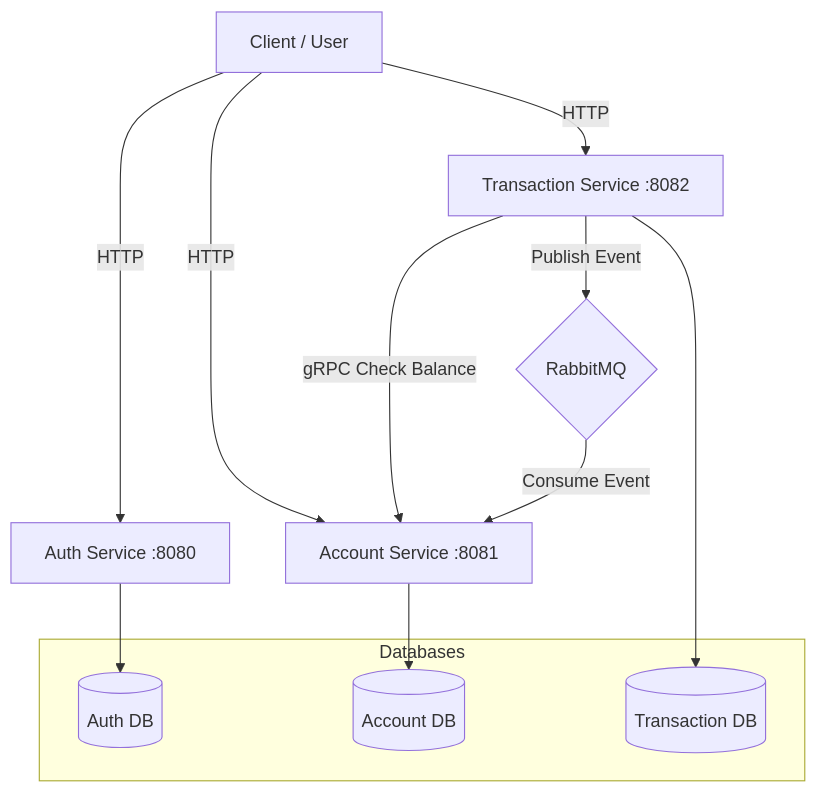
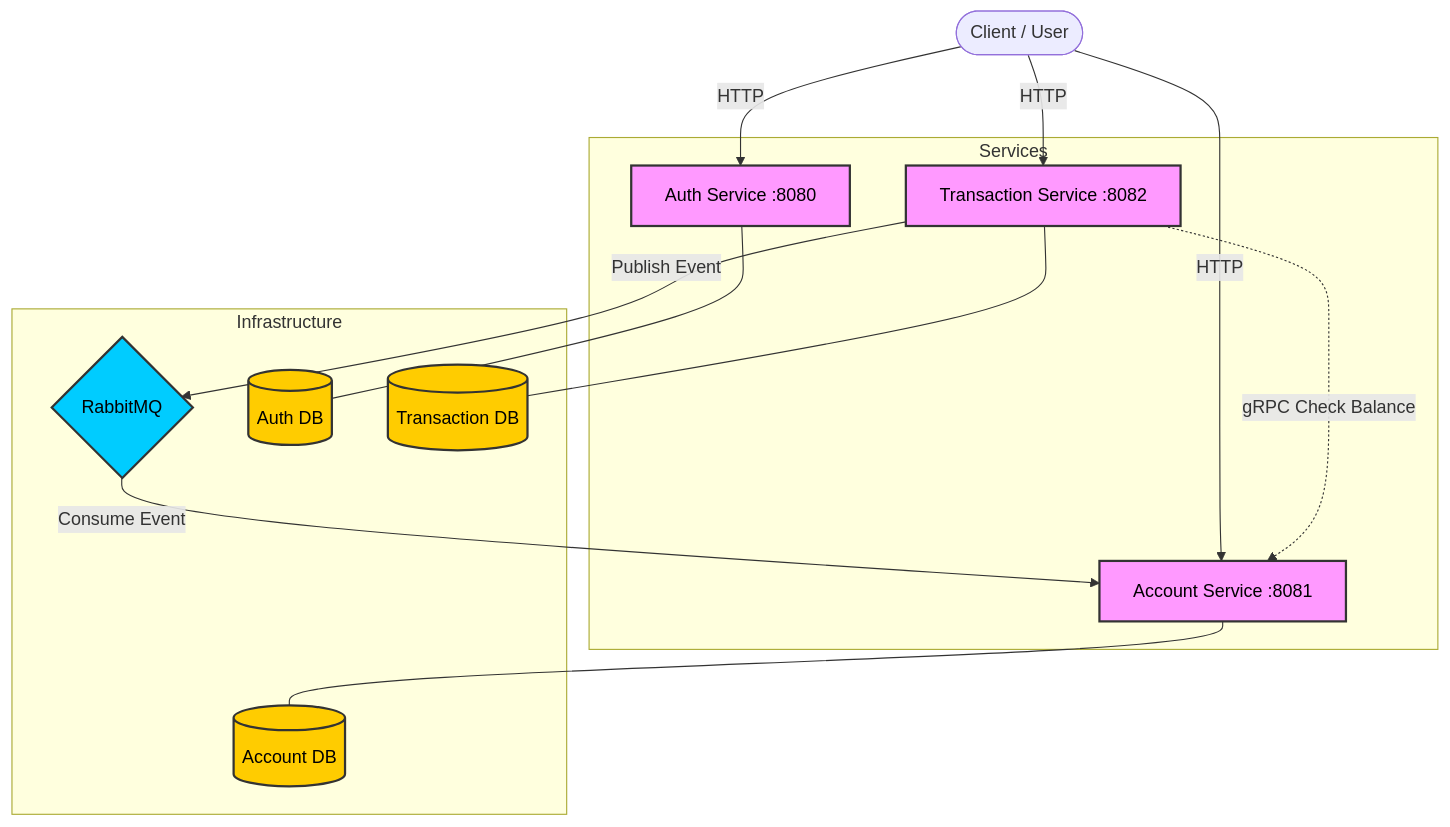
One commit to dotenv213/aim changed the diagram in README.md. Above: the diagram before and after it, drawn with Mermaid. The commit also changed other lines of this file, not shown here.

````diff
--- a/README.md
+++ b/README.md
@@ -27,21 +27,41 @@
 ```mermaid
 graph TD
-    User[Client / User] -->|HTTP| Auth[Auth Service :8080]
-    User -->|HTTP| Acc[Account Service :8081]
-    User -->|HTTP| Trx[Transaction Service :8082]
+    User([Client / User])
     
-    subgraph Databases
+    subgraph Services
+        Auth[Auth Service :8080]
+        Acc[Account Service :8081]
+        Trx[Transaction Service :8082]
+    end
+
+    subgraph Infrastructure
+        Rabbit{RabbitMQ}
         DB1[(Auth DB)]
         DB2[(Account DB)]
         DB3[(Transaction DB)]
     end
 
-    Auth --> DB1
-    Acc --> DB2
-    Trx --> DB3
+    %% Client Requests
+    User -->|HTTP| Auth
+    User -->|HTTP| Acc
+    User -->|HTTP| Trx
+    
+    %% Database Connections
+    Auth --- DB1
+    Acc --- DB2
+    Trx --- DB3
 
-    %% Communications
-    Trx -- gRPC Check Balance --> Acc
-    Trx -- Publish Event --> Rabbit{RabbitMQ}
+    %% Service Communications
+    Trx -.->|gRPC Check Balance| Acc
+    Trx -- Publish Event --> Rabbit
     Rabbit -- Consume Event --> Acc
+
+    %% Styling
+    classDef service fill:#f9f,stroke:#333,stroke-width:2px,color:black;
+    classDef db fill:#ffcc00,stroke:#333,stroke-width:2px,color:black;
+    classDef infra fill:#00ccff,stroke:#333,stroke-width:2px,color:black;
+    
+    class Auth,Acc,Trx service;
+    class DB1,DB2,DB3 db;
+    class Rabbit infra;
 ```
````
